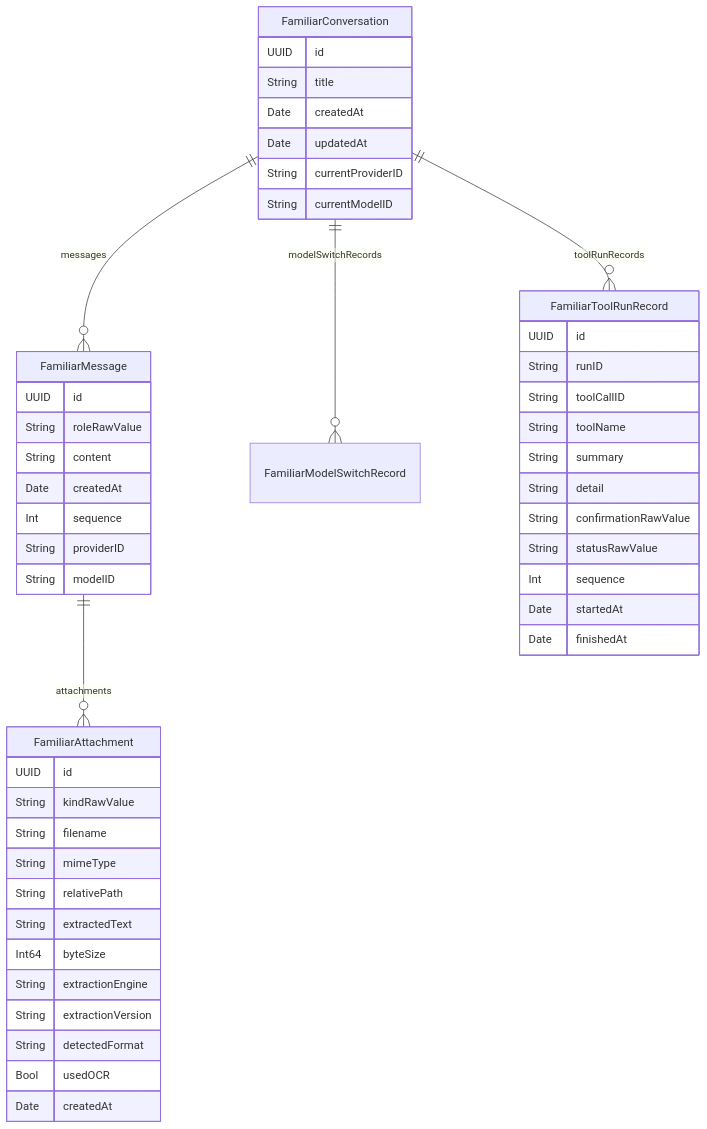
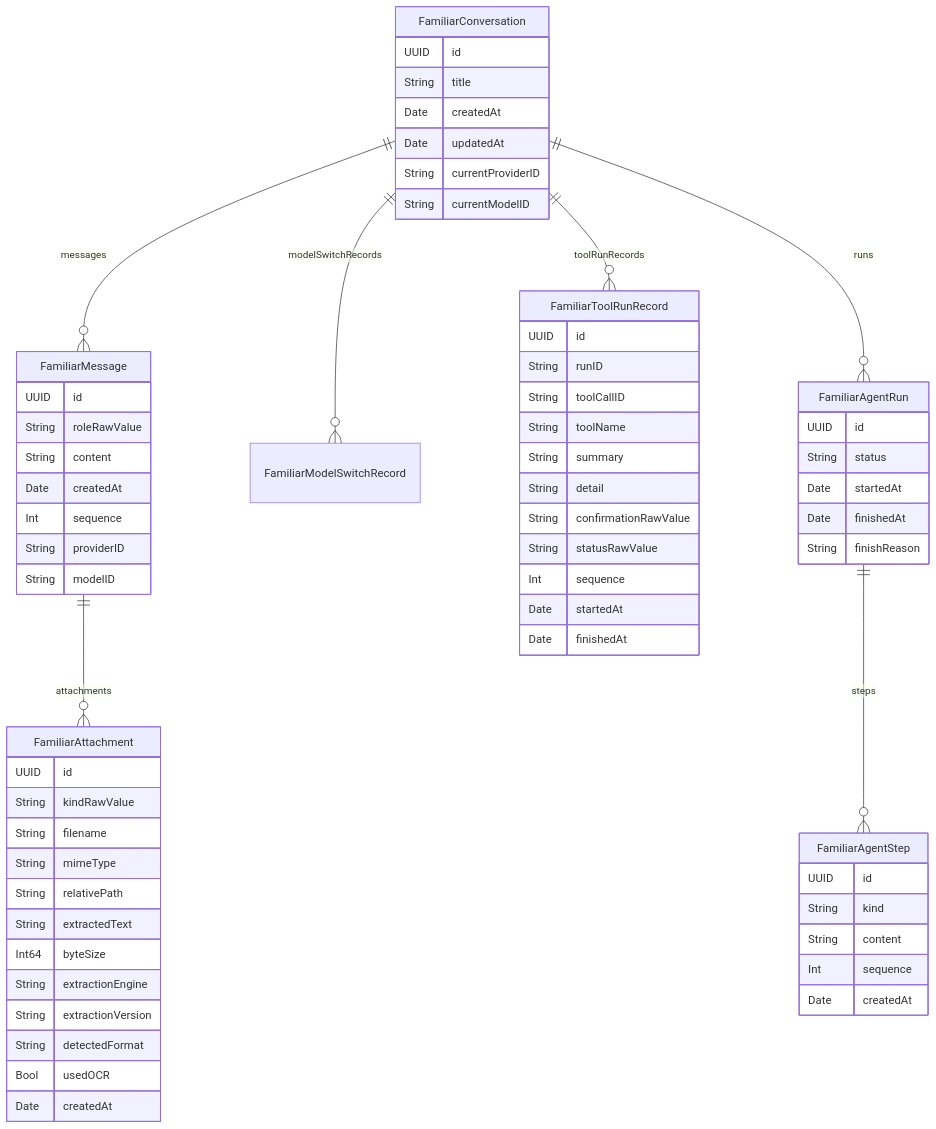
The diagram in Docs/05-local-data-and-privacy.md (IsaacHuo/Familiar), drawn with Mermaid before and after one commit. The commit also changed other lines of this file and 9 other files, not shown here.

First line of the commit message:
docs: adopt iPhone-native Agent Runtime architecture

````diff
--- a/Docs/05-local-data-and-privacy.md
+++ b/Docs/05-local-data-and-privacy.md
@@ -40,52 +43,68 @@
 ```mermaid
 erDiagram
     FamiliarConversation ||--o{ FamiliarMessage : messages
     FamiliarConversation ||--o{ FamiliarModelSwitchRecord : modelSwitchRecords
     FamiliarConversation ||--o{ FamiliarToolRunRecord : toolRunRecords
+    FamiliarConversation ||--o{ FamiliarAgentRun : runs
+    FamiliarAgentRun ||--o{ FamiliarAgentStep : steps
     FamiliarMessage ||--o{ FamiliarAttachment : attachments
 
     FamiliarConversation {
         UUID id
         String title
         Date createdAt
         Date updatedAt
         String currentProviderID
         String currentModelID
     }
     FamiliarMessage {
         UUID id
         String roleRawValue
         String content
         Date createdAt
         Int sequence
         String providerID
         String modelID
     }
     FamiliarAttachment {
         UUID id
         String kindRawValue
         String filename
         String mimeType
         String relativePath
         String extractedText
         Int64 byteSize
         String extractionEngine
         String extractionVersion
         String detectedFormat
         Bool usedOCR
         Date createdAt
     }
     FamiliarToolRunRecord {
         UUID id
         String runID
         String toolCallID
         String toolName
         String summary
         String detail
         String confirmationRawValue
         String statusRawValue
         Int sequence
         Date startedAt
         Date finishedAt
     }
+    FamiliarAgentRun {
+        UUID id
+        String status
+        Date startedAt
+        Date finishedAt
+        String finishReason
+    }
+    FamiliarAgentStep {
+        UUID id
+        String kind
+        String content
+        Int sequence
+        Date createdAt
+    }
 ```
````
